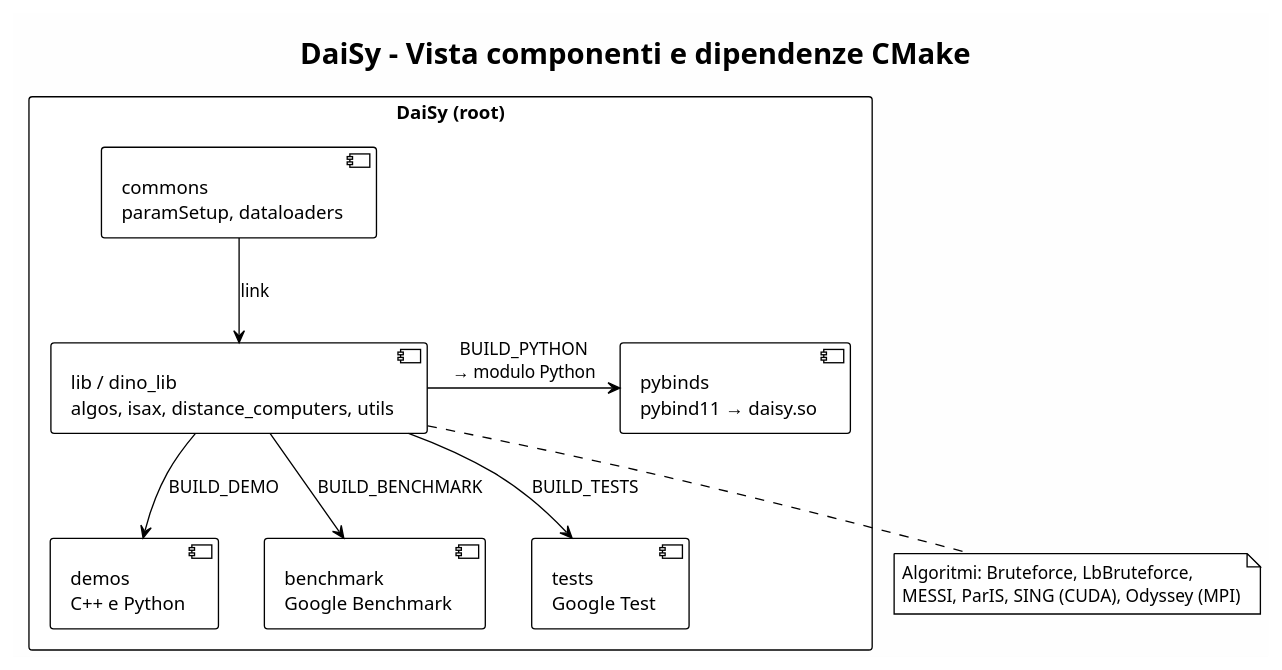
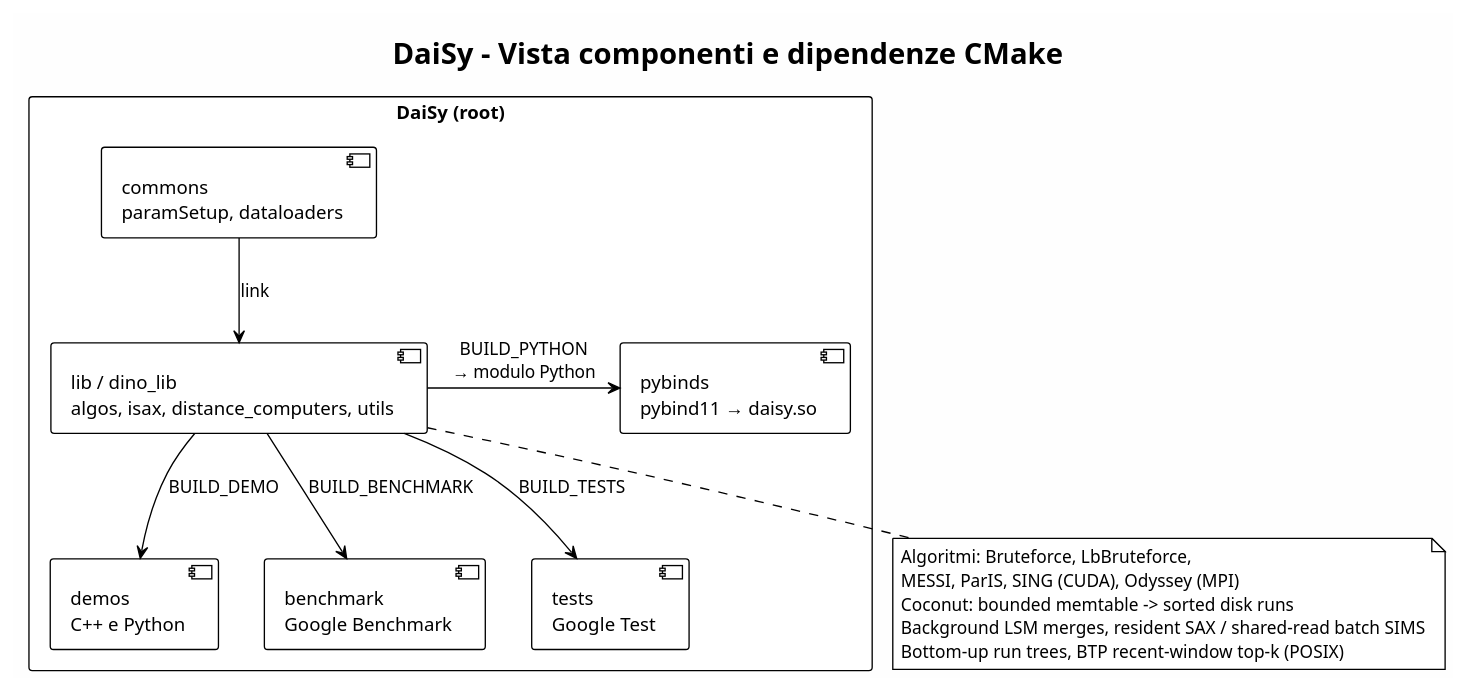
The diagram in docs/daisy-components.puml (MChatzakis/DaiSy), drawn with PlantUML before and after one commit. The commit also changed 22 other files, not shown here.

Commit message:
Make Coconut streaming disk-backed with bounded LSM updates

```diff
--- a/docs/daisy-components.puml
+++ b/docs/daisy-components.puml
@@ -1,27 +1,30 @@
 @startuml DaiSy - Vista componenti (alto livello)
 !theme plain
 skinparam backgroundColor #FEFEFE
 
 title DaiSy - Vista componenti e dipendenze CMake
 
 rectangle "DaiSy (root)" {
     component [commons\nparamSetup, dataloaders] as commons
     component [lib / dino_lib\nalgos, isax, distance_computers, utils] as lib
     component [demos\nC++ e Python] as demos
     component [benchmark\nGoogle Benchmark] as benchmark
     component [tests\nGoogle Test] as tests
     component [pybinds\npybind11 → daisy.so] as pybinds
 }
 
 commons -down-> lib : link
 lib -down-> demos : BUILD_DEMO
 lib -down-> benchmark : BUILD_BENCHMARK
 lib -down-> tests : BUILD_TESTS
 lib -right-> pybinds : BUILD_PYTHON\n→ modulo Python
 
 note bottom of lib
   Algoritmi: Bruteforce, LbBruteforce,
   MESSI, ParIS, SING (CUDA), Odyssey (MPI)
+  Coconut: bounded memtable -> sorted disk runs
+  Background LSM merges, resident SAX / shared-read batch SIMS
+  Bottom-up run trees, BTP recent-window top-k (POSIX)
 end note
 
 @enduml
```
